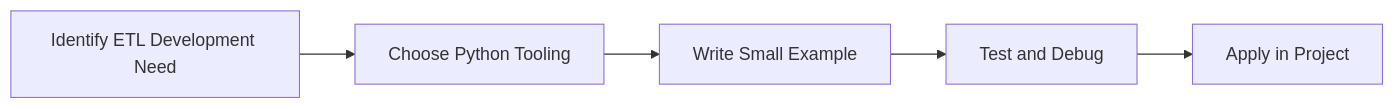
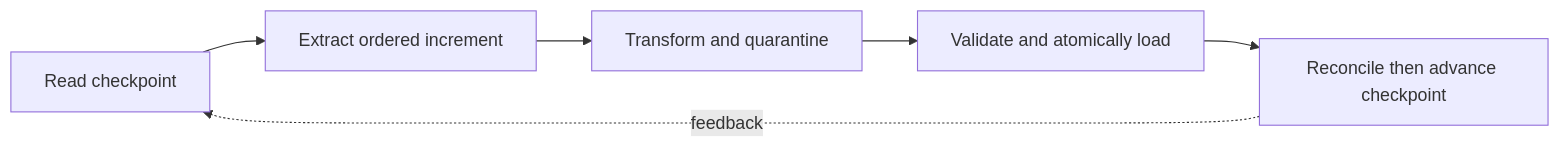
One commit to SYMOIZ/E-Learning-Portal changed the diagram in Python-Mastery/Advanced/18-etl-development.md. Above: the diagram before and after it, drawn with Mermaid. The commit also changed other lines of this file and 116 other files, not shown here.

````diff
--- a/Python-Mastery/Advanced/18-etl-development.md
+++ b/Python-Mastery/Advanced/18-etl-development.md
@@ -142,7 +157,8 @@
 ```mermaid
 flowchart LR
-    A[Identify ETL Development Need] --> B[Choose Python Tooling]
-    B --> C[Write Small Example]
-    C --> D[Test and Debug]
-    D --> E[Apply in Project]
+    A[Read checkpoint] --> B[Extract ordered increment]
+    B --> C[Transform and quarantine]
+    C --> D[Validate and atomically load]
+    D --> E[Reconcile then advance checkpoint]
+    E -. feedback .-> A
 ```
````
